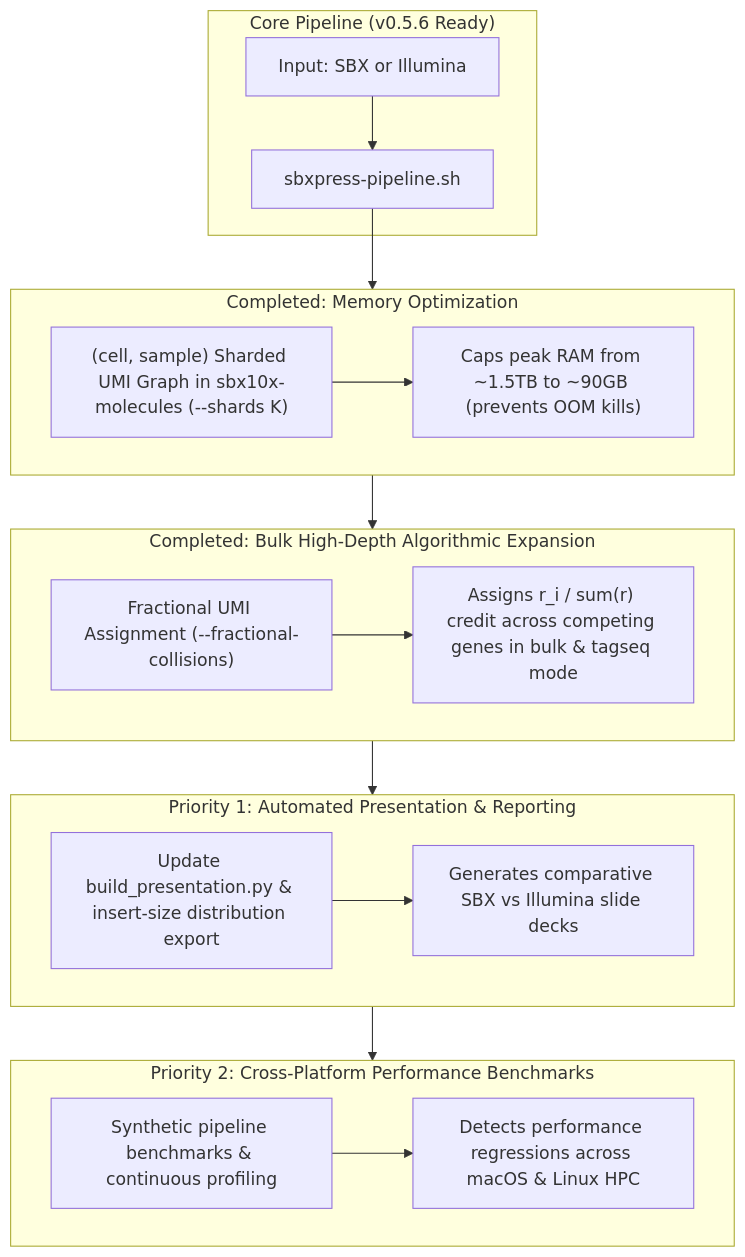
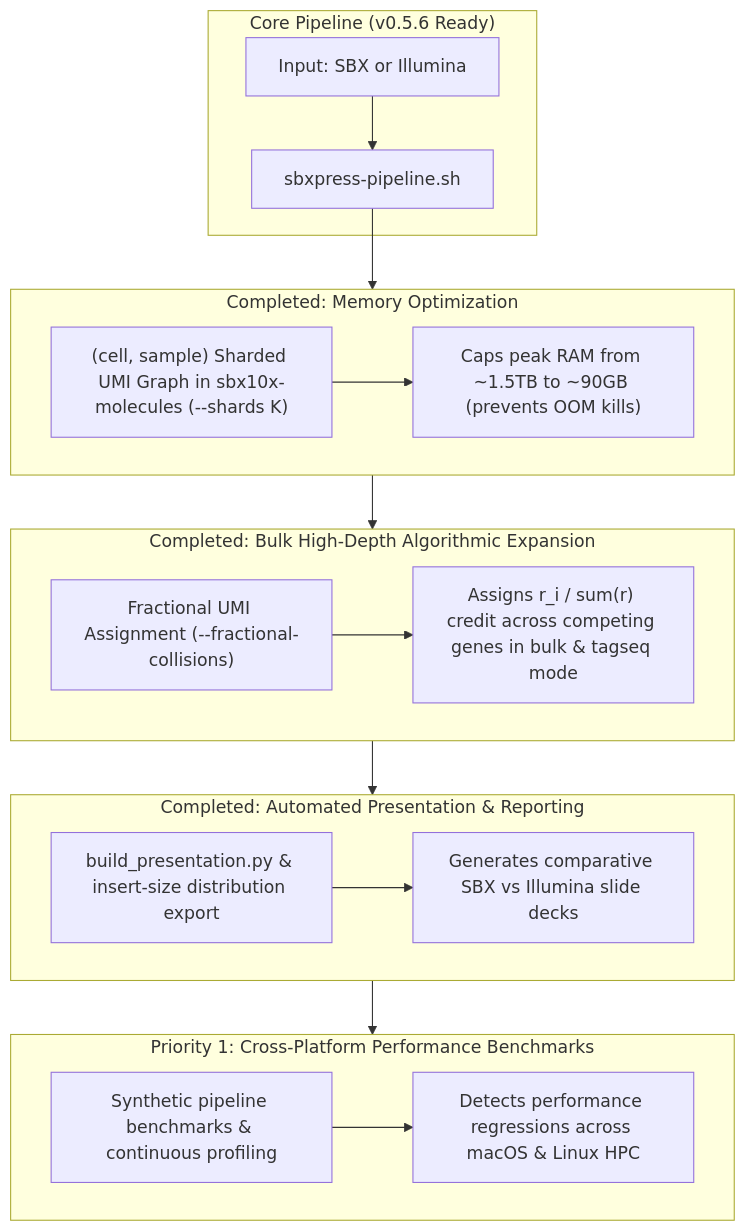
The diagram in FUTURE_ROADMAP.md (UCSF-Biochem-Center-for-Advanced-Tech/morselle), drawn with Mermaid before and after one commit. The commit also changed other lines of this file and 2 other files, not shown here.

Commit message:
feat: automated presentation generator & insert-size export in build_presentation.py

````diff
--- a/FUTURE_ROADMAP.md
+++ b/FUTURE_ROADMAP.md
@@ -29,31 +30,31 @@
 ```mermaid
 flowchart TD
     subgraph Core ["Core Pipeline (v0.5.6 Ready)"]
         INPUT["Input: SBX or Illumina"] --> ENGINE["sbxpress-pipeline.sh"]
     end
 
     subgraph Memory ["Completed: Memory Optimization"]
         M1["(cell, sample) Sharded UMI Graph in sbx10x-molecules (--shards K)"]
         M1 --> M1_OUT["Caps peak RAM from ~1.5TB to ~90GB (prevents OOM kills)"]
     end
 
     subgraph Algo ["Completed: Bulk High-Depth Algorithmic Expansion"]
         A1["Fractional UMI Assignment (--fractional-collisions)"]
         A1 --> A1_OUT["Assigns r_i / sum(r) credit across competing genes in bulk & tagseq mode"]
     end
 
-    subgraph Report ["Priority 1: Automated Presentation & Reporting"]
-        R1["Update build_presentation.py & insert-size distribution export"]
+    subgraph Report ["Completed: Automated Presentation & Reporting"]
+        R1["build_presentation.py & insert-size distribution export"]
         R1 --> R1_OUT["Generates comparative SBX vs Illumina slide decks"]
     end
 
-    subgraph Bench ["Priority 2: Cross-Platform Performance Benchmarks"]
+    subgraph Bench ["Priority 1: Cross-Platform Performance Benchmarks"]
         B1["Synthetic pipeline benchmarks & continuous profiling"]
         B1 --> B1_OUT["Detects performance regressions across macOS & Linux HPC"]
     end
 
     ENGINE --> Memory
     Memory --> Algo
     Algo --> Report
     Report --> Bench
 ```
````
